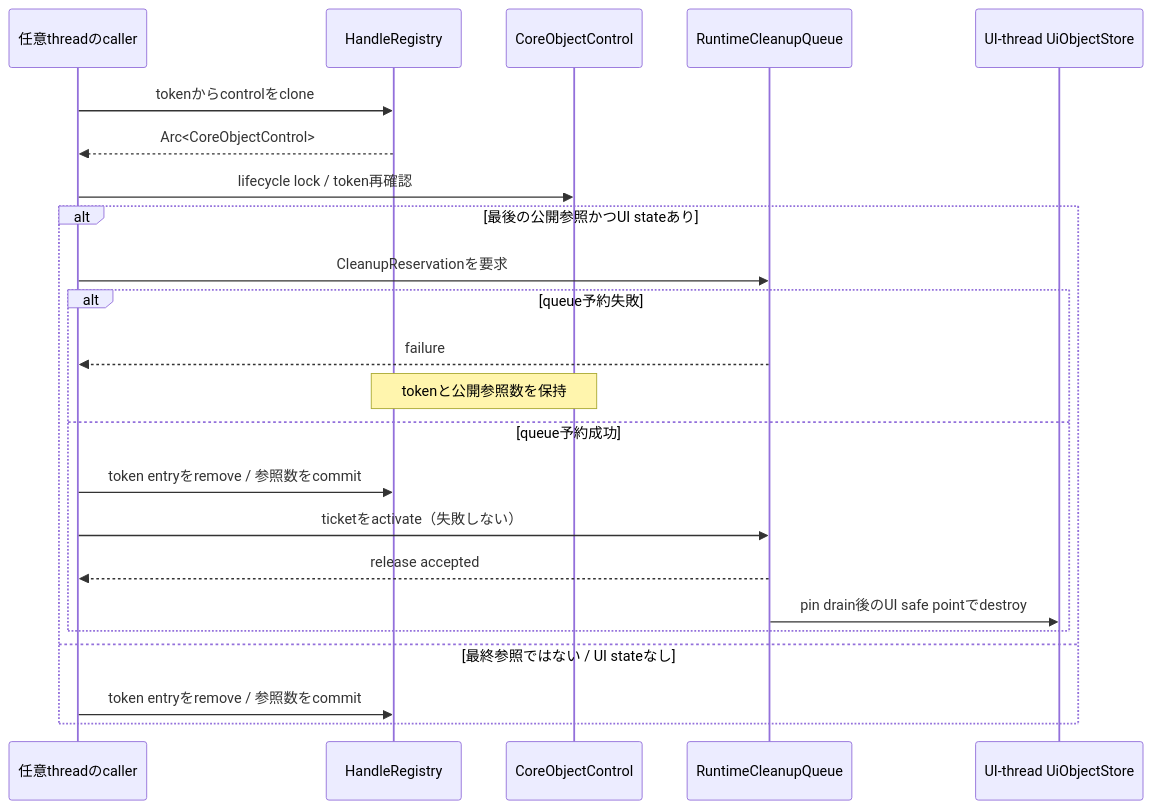
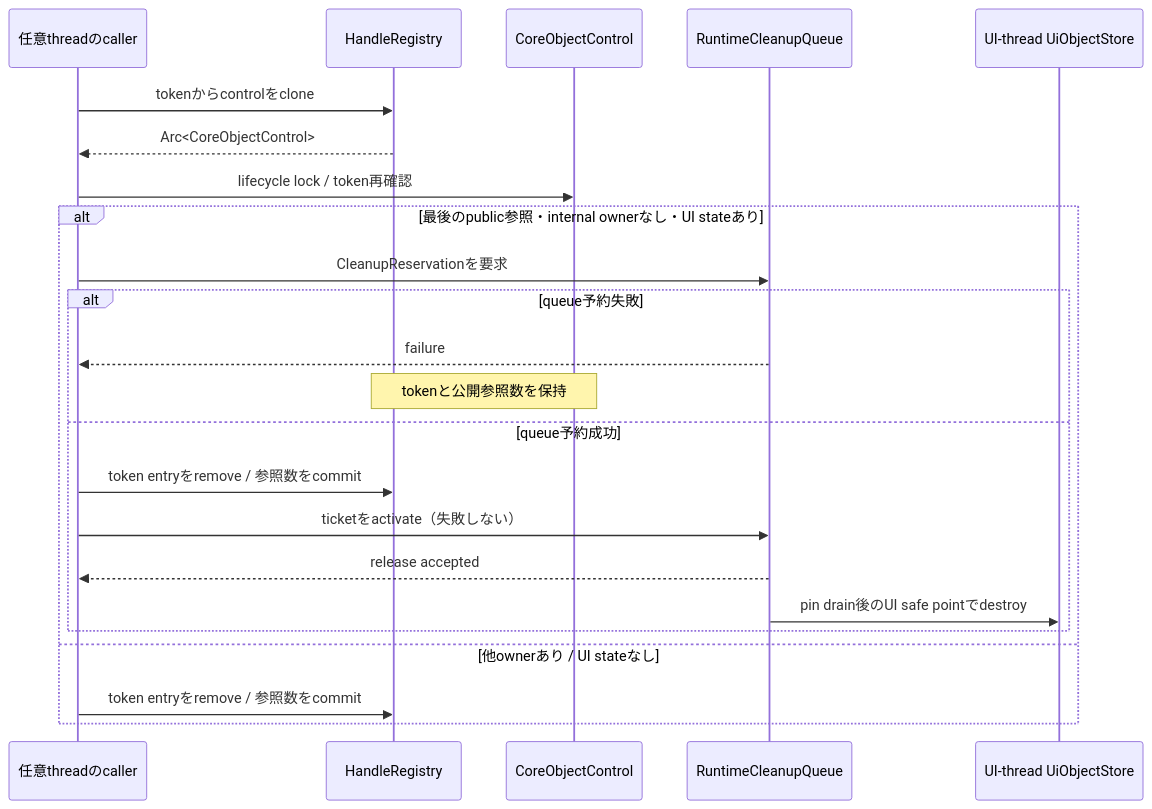
The first of 4 diagrams in .docs/13_detail_design/runtime-objects/objects-values.md (edamame-edame/freemvvm), drawn with Mermaid before and after one commit. The commit also changed other lines of this file and 3 other files, not shown here.

````diff
--- a/.docs/13_detail_design/runtime-objects/objects-values.md
+++ b/.docs/13_detail_design/runtime-objects/objects-values.md
@@ -95,26 +114,26 @@
 ```mermaid
 sequenceDiagram
     participant Caller as 任意threadのcaller
     participant Registry as HandleRegistry
     participant Control as CoreObjectControl
     participant Queue as RuntimeCleanupQueue
     participant Store as UI-thread UiObjectStore
 
     Caller->>Registry: tokenからcontrolをclone
     Registry-->>Caller: Arc<CoreObjectControl>
     Caller->>Control: lifecycle lock / token再確認
-    alt 最後の公開参照かつUI stateあり
+    alt 最後のpublic参照・internal ownerなし・UI stateあり
         Caller->>Queue: CleanupReservationを要求
         alt queue予約失敗
             Queue-->>Caller: failure
             Note over Registry,Control: tokenと公開参照数を保持
         else queue予約成功
             Caller->>Registry: token entryをremove / 参照数をcommit
             Caller->>Queue: ticketをactivate（失敗しない）
             Queue-->>Caller: release accepted
             Queue->>Store: pin drain後のUI safe pointでdestroy
         end
-    else 最終参照ではない / UI stateなし
+    else 他ownerあり / UI stateなし
         Caller->>Registry: token entryをremove / 参照数をcommit
     end
 ```
````
